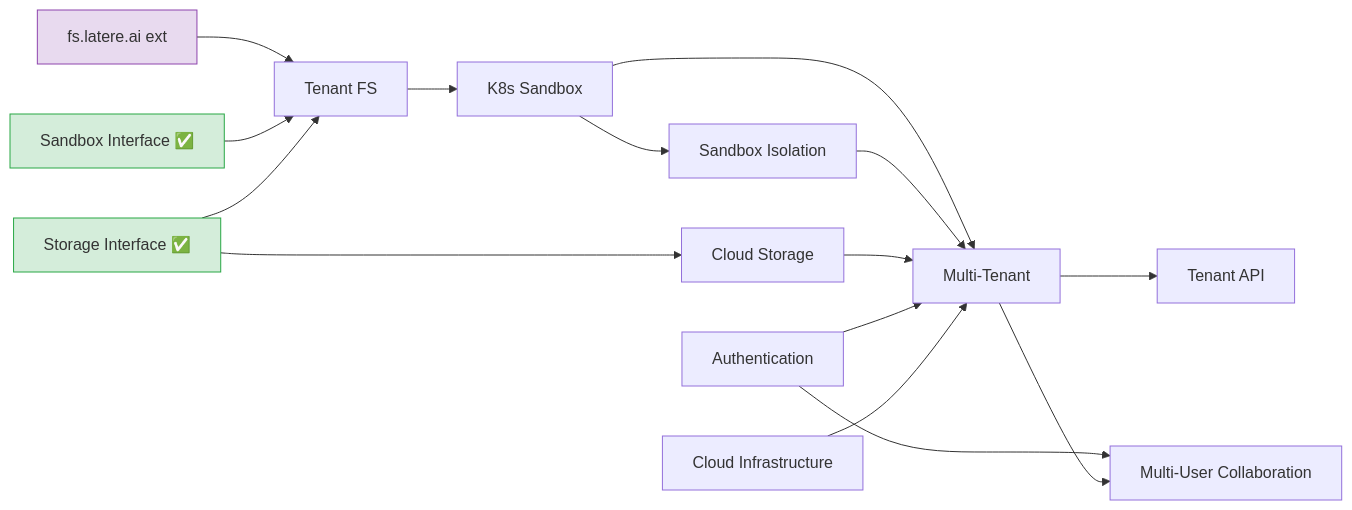
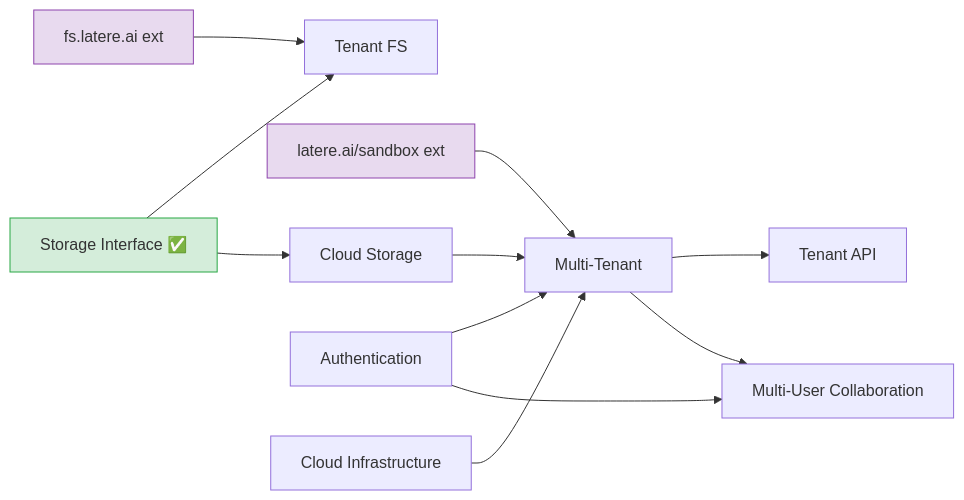
The second of 4 diagrams in specs/README.md (changkun/wallfacer), drawn with Mermaid before and after one commit. The commit also changed other lines of this file and 9 other files, not shown here.

````diff
--- a/specs/README.md
+++ b/specs/README.md
@@ -139,21 +134,17 @@
 ```mermaid
 graph LR
   FS[fs.latere.ai ext] --> TFS[Tenant FS]
-  SBI[Sandbox Interface ✅] --> TFS
+  SBX[latere.ai/sandbox ext] --> MT[Multi-Tenant]
   STI[Storage Interface ✅] --> TFS
-  TFS --> K8S[K8s Sandbox]
   STI --> CS[Cloud Storage]
-  K8S --> ISO[Sandbox Isolation]
-  K8S --> MT[Multi-Tenant]
-  ISO --> MT
   CS --> MT
   AUTH[Authentication] --> MT
   CI[Cloud Infrastructure] --> MT
   MT --> TA[Tenant API]
   AUTH --> MUC[Multi-User Collaboration]
   MT --> MUC
 
-  style SBI fill:#d4edda,stroke:#28a745
   style STI fill:#d4edda,stroke:#28a745
   style FS fill:#e8daef,stroke:#8e44ad
+  style SBX fill:#e8daef,stroke:#8e44ad
 ```
````
